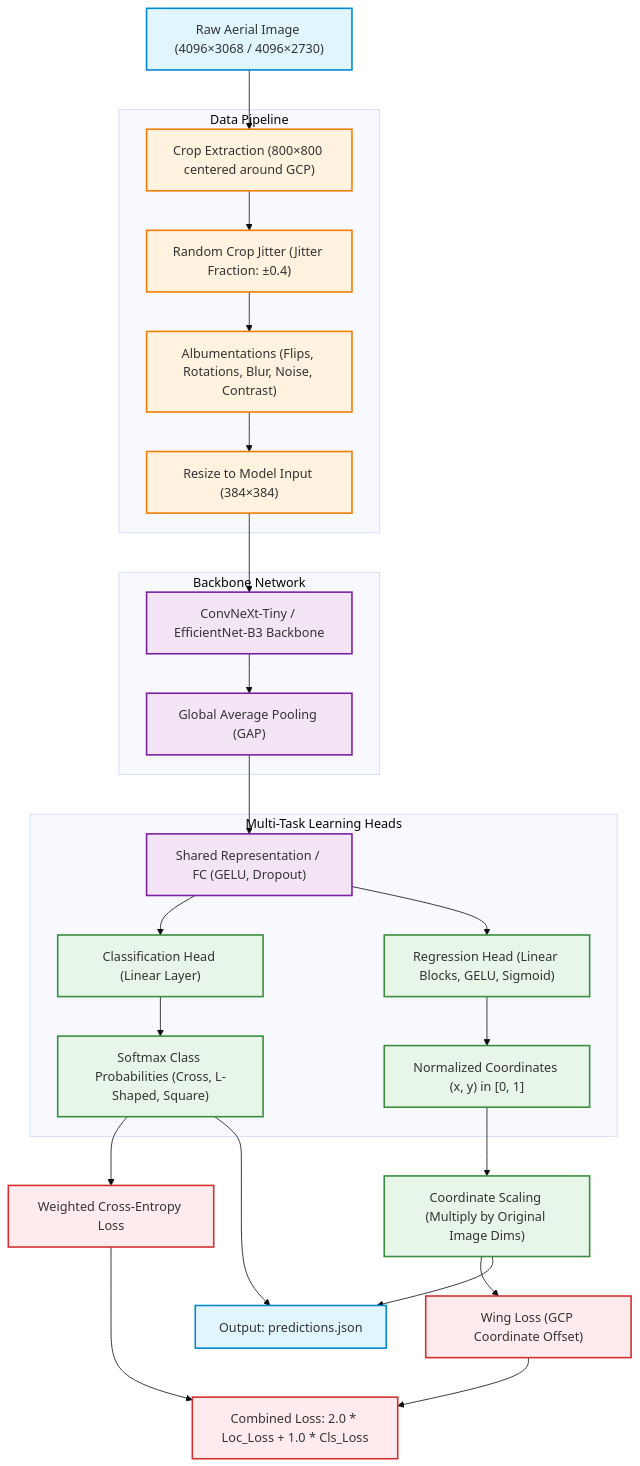
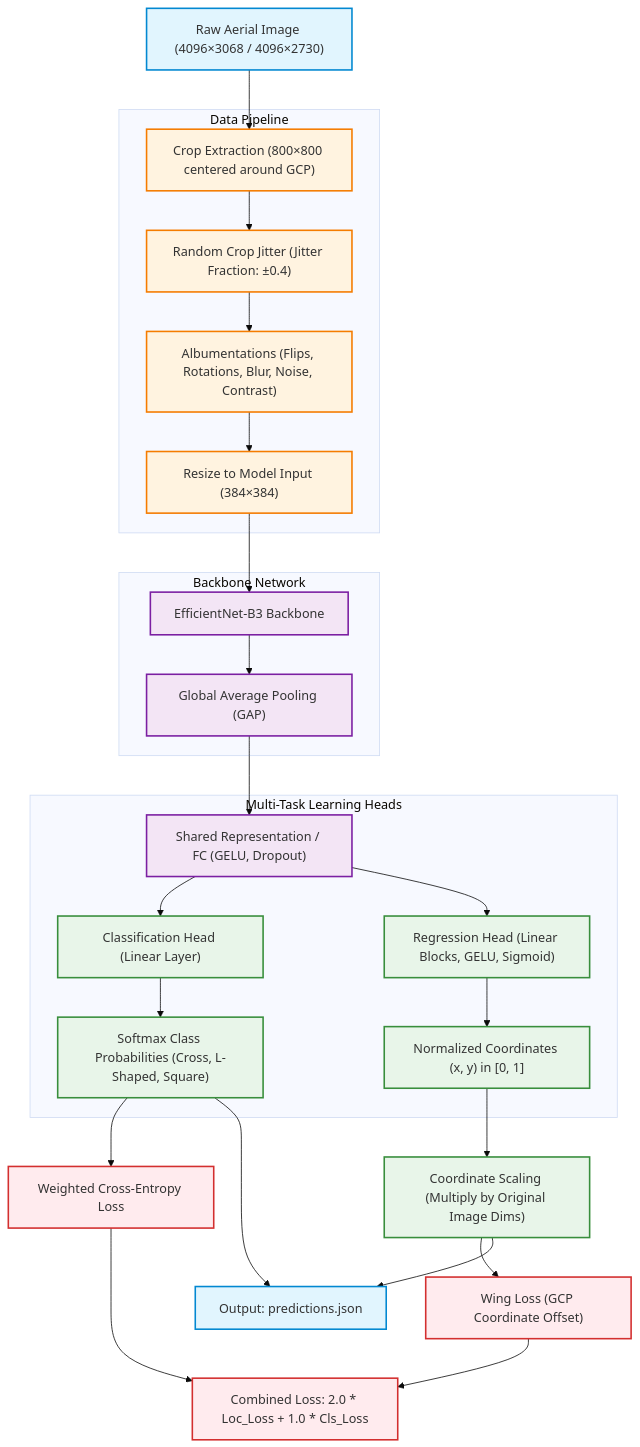
One commit to pavan-charan/GCP_Pose_Estimation changed the diagram in README.md. Above: the diagram before and after it, drawn with Mermaid (base theme). The commit also changed other lines of this file, not shown here.

````diff
--- a/README.md
+++ b/README.md
@@ -41,71 +85,71 @@
 ```mermaid
 graph TD
     %% Define Styles
     classDef input fill:#e1f5fe,stroke:#0288d1,stroke-width:2px;
     classDef prep fill:#fff3e0,stroke:#f57c00,stroke-width:2px;
     classDef backbone fill:#f3e5f5,stroke:#7b1fa2,stroke-width:2px;
     classDef head fill:#e8f5e9,stroke:#388e3c,stroke-width:2px;
     classDef loss fill:#ffebee,stroke:#d32f2f,stroke-width:2px;
 
     %% Nodes
     A["Raw Aerial Image (4096×3068 / 4096×2730)"]:::input
     
     %% Pipeline / Prep
     subgraph Preprocessing_and_Augmentation ["Data Pipeline"]
         B["Crop Extraction (800×800 centered around GCP)"]:::prep
         C["Random Crop Jitter (Jitter Fraction: ±0.4)"]:::prep
         D["Albumentations (Flips, Rotations, Blur, Noise, Contrast)"]:::prep
         E["Resize to Model Input (384×384)"]:::prep
     end
 
     %% Backbone
     subgraph Feature_Extraction ["Backbone Network"]
-        F["ConvNeXt-Tiny / EfficientNet-B3 Backbone"]:::backbone
+        F["EfficientNet-B3 Backbone"]:::backbone
         G["Global Average Pooling (GAP)"]:::backbone
     end
 
     %% Multi-task heads
     subgraph Multi_Task_Learning_Heads ["Multi-Task Learning Heads"]
         H["Shared Representation / FC (GELU, Dropout)"]:::backbone
         
         %% Classification head
         I["Classification Head (Linear Layer)"]:::head
         J["Softmax Class Probabilities (Cross, L-Shaped, Square)"]:::head
         
         %% Regression head
         K["Regression Head (Linear Blocks, GELU, Sigmoid)"]:::head
         L["Normalized Coordinates (x, y) in [0, 1]"]:::head
     end
 
     %% Outputs & Loss
     M["Coordinate Scaling (Multiply by Original Image Dims)"]:::head
     N["Output: predictions.json"]:::input
     
     O["Weighted Cross-Entropy Loss"]:::loss
     P["Wing Loss (GCP Coordinate Offset)"]:::loss
     Q["Combined Loss: 2.0 * Loc_Loss + 1.0 * Cls_Loss"]:::loss
 
     %% Flow
     A --> B
     B --> C
     C --> D
     D --> E
     E --> F
     F --> G
     G --> H
     
     H --> I
     H --> K
     
     I --> J
     K --> L
     
     J --> O
     L --> M
     M --> P
     
     O --> Q
     P --> Q
     
     J & M --> N
 ```
````
